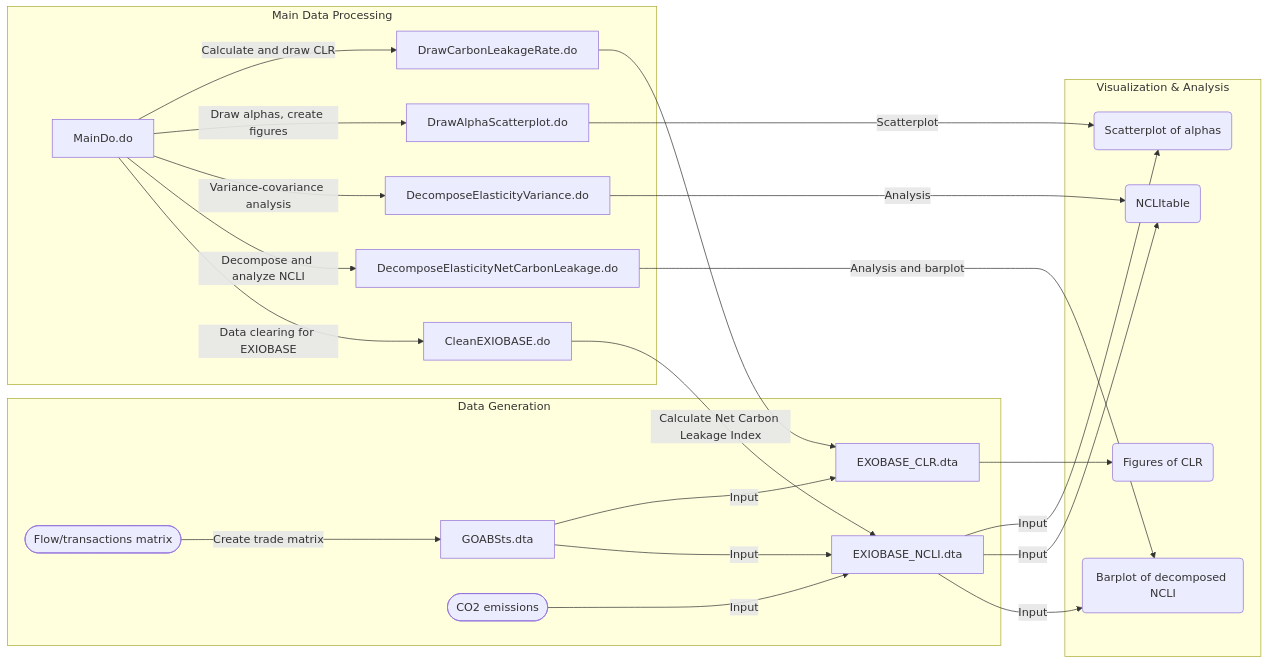
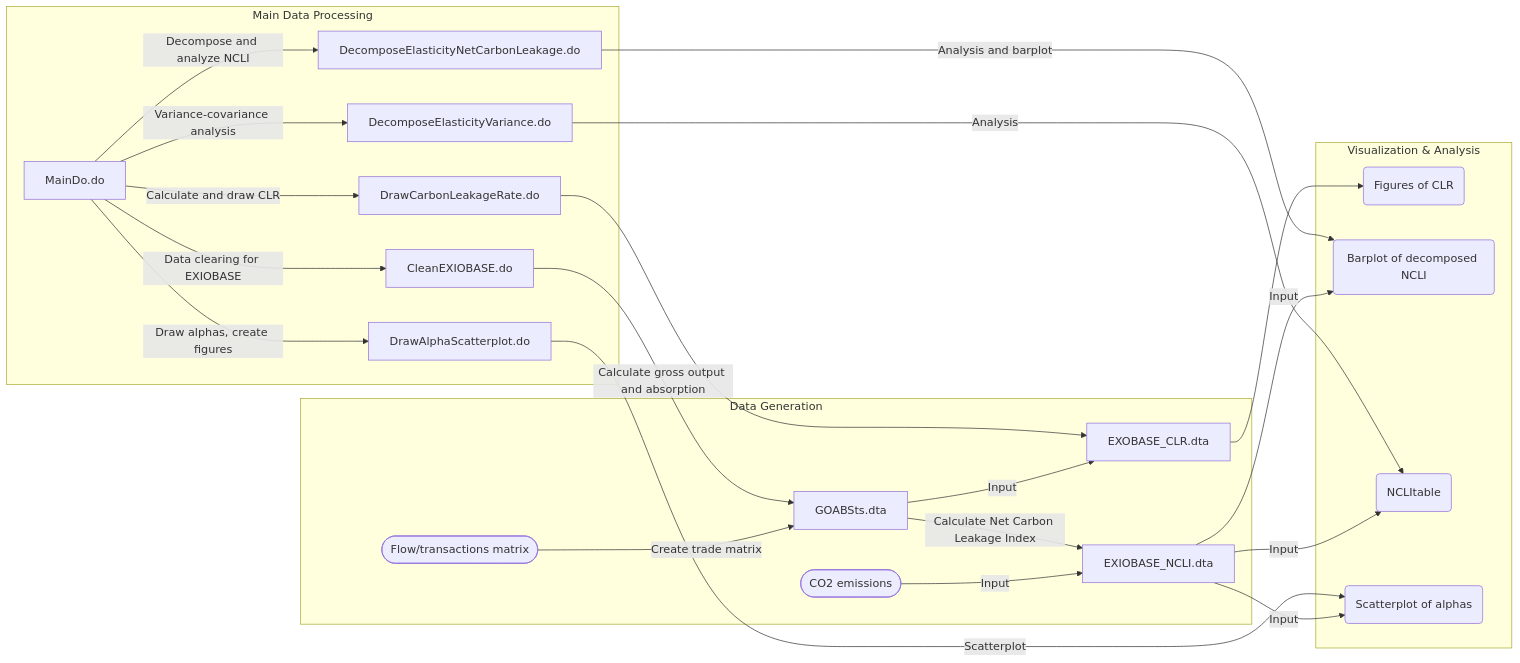
Before and after one commit to AkariOno/Trade_Carbon: the diagram in README.md, drawn with Mermaid.

````diff
--- a/README.md
+++ b/README.md
@@ -17,52 +17,52 @@
 ```mermaid
 graph LR;
 
 %% Main Process Section
 subgraph Main_Process [Main Data Processing]
     A[MainDo.do]
     B[CleanEXIOBASE.do]
     C[DecomposeElasticityNetCarbonLeakage.do]
     D[DecomposeElasticityVariance.do]
     E[DrawAlphaScatterplot.do]
     F[DrawCarbonLeakageRate.do]
 end
 
 %% Data Generation Section
 subgraph Data_Generation [Data Generation]
     G([Flow/transactions matrix])
     H[GOABSts.dta]
     I[EXIOBASE_NCLI.dta]
     J([CO2 emissions])
     K[EXOBASE_CLR.dta]
 end
 
 %% Data Visualization Section
 subgraph Data_Visualization [Visualization & Analysis]
     L(Figures of CLR)
     M(Barplot of decomposed NCLI)
     N(NCLItable)
     O(Scatterplot of alphas)
 end
 
 %% Connections between nodes
 A --> |Data clearing for EXIOBASE| B
 A --> |Decompose and analyze NCLI| C
 A --> |Variance-covariance analysis| D
 A --> |Draw alphas, create figures| E
 A --> |Calculate and draw CLR| F
 
 G --> |Create trade matrix| H
 J --> |Input| I
-B --> |Calculate Net Carbon Leakage Index| I
-H --> |Input| I
+B --> |Calculate gross output and absorption| H
+H --> |Calculate Net Carbon Leakage Index| I
 H --> |Input| K
 F --> K
 K --> L
 I --> |Input| M
 I --> |Input| N
 I --> |Input| O
 C --> |Analysis and barplot| M
 D --> |Analysis| N
 E --> |Scatterplot| O
    
 ```
````
